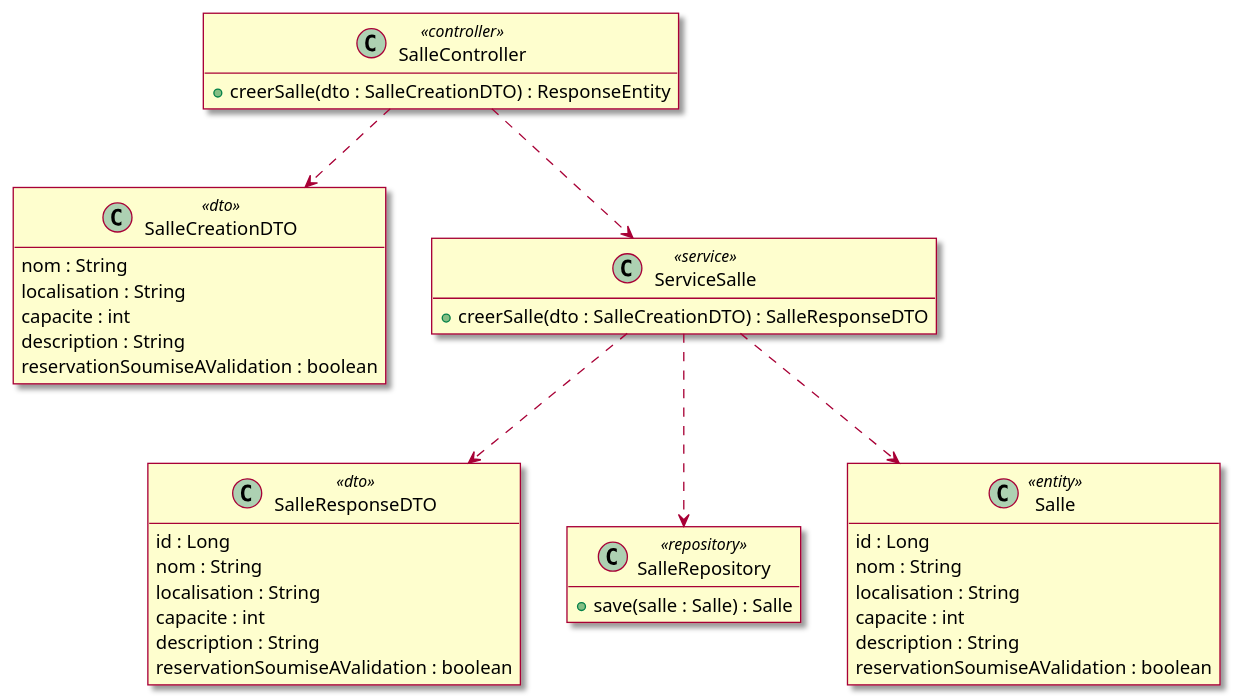
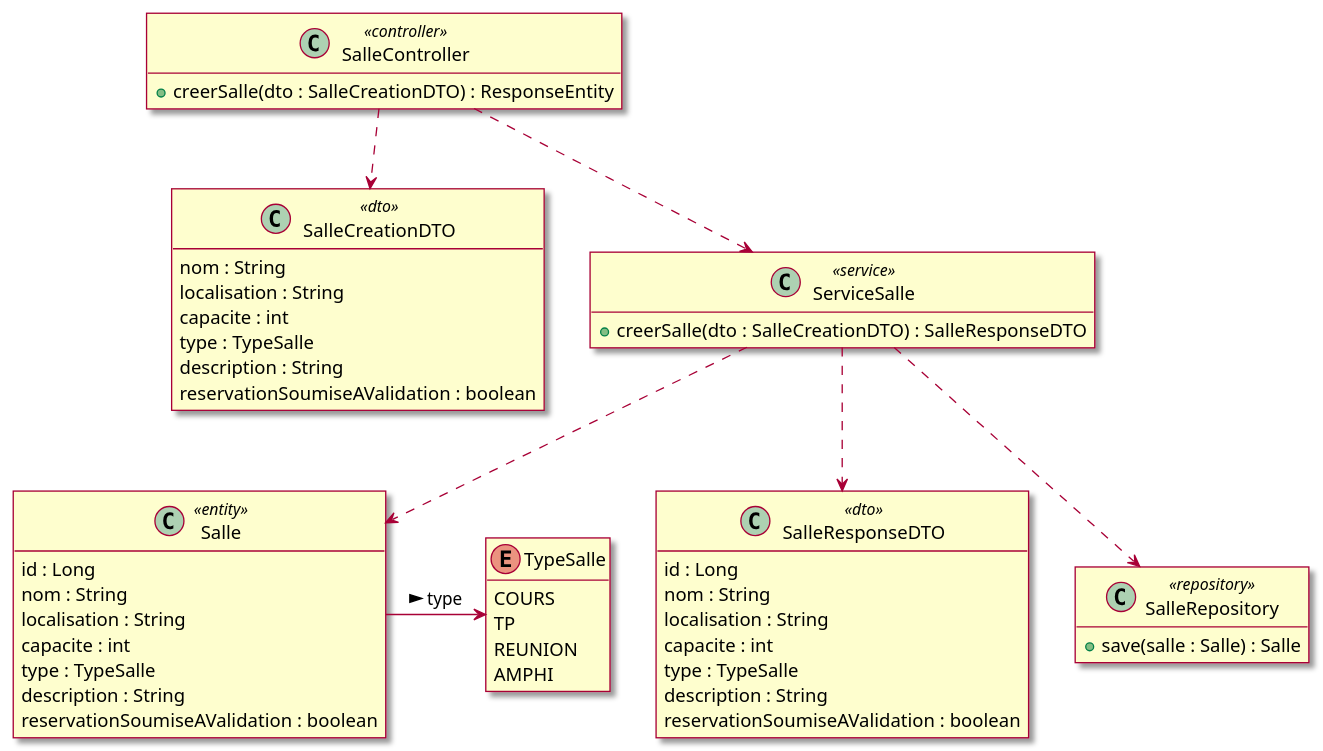
One commit to mrajaonson/glg204-room-management-system changed diagram 11 of 38 in docs/03-Conception.md. Above: the diagram before and after it, drawn with PlantUML. The commit also changed other lines of this file and 4 other files, not shown here.

````diff
--- a/docs/03-Conception.md
+++ b/docs/03-Conception.md
@@ -650,50 +659,61 @@
 ```plantuml
 @startuml
 skin rose
 hide empty members
 
 class SalleController <<controller>> {
   + creerSalle(dto : SalleCreationDTO) : ResponseEntity
 }
 
 class SalleCreationDTO <<dto>> {
   nom : String
   localisation : String
   capacite : int
+  type : TypeSalle
   description : String
   reservationSoumiseAValidation : boolean
 }
 
 class SalleResponseDTO <<dto>> {
   id : Long
   nom : String
   localisation : String
   capacite : int
+  type : TypeSalle
   description : String
   reservationSoumiseAValidation : boolean
 }
 
 class ServiceSalle <<service>> {
   + creerSalle(dto : SalleCreationDTO) : SalleResponseDTO
 }
 
 class SalleRepository <<repository>> {
   + save(salle : Salle) : Salle
 }
 
 class Salle <<entity>> {
   id : Long
   nom : String
   localisation : String
   capacite : int
+  type : TypeSalle
   description : String
   reservationSoumiseAValidation : boolean
+}
+
+enum TypeSalle {
+  COURS
+  TP
+  REUNION
+  AMPHI
 }
 
 SalleController ..> SalleCreationDTO
 SalleController ..> ServiceSalle
 ServiceSalle ..> SalleRepository
 ServiceSalle ..> Salle
 ServiceSalle ..> SalleResponseDTO
+Salle -> TypeSalle : > type
 @enduml
 ```
````
